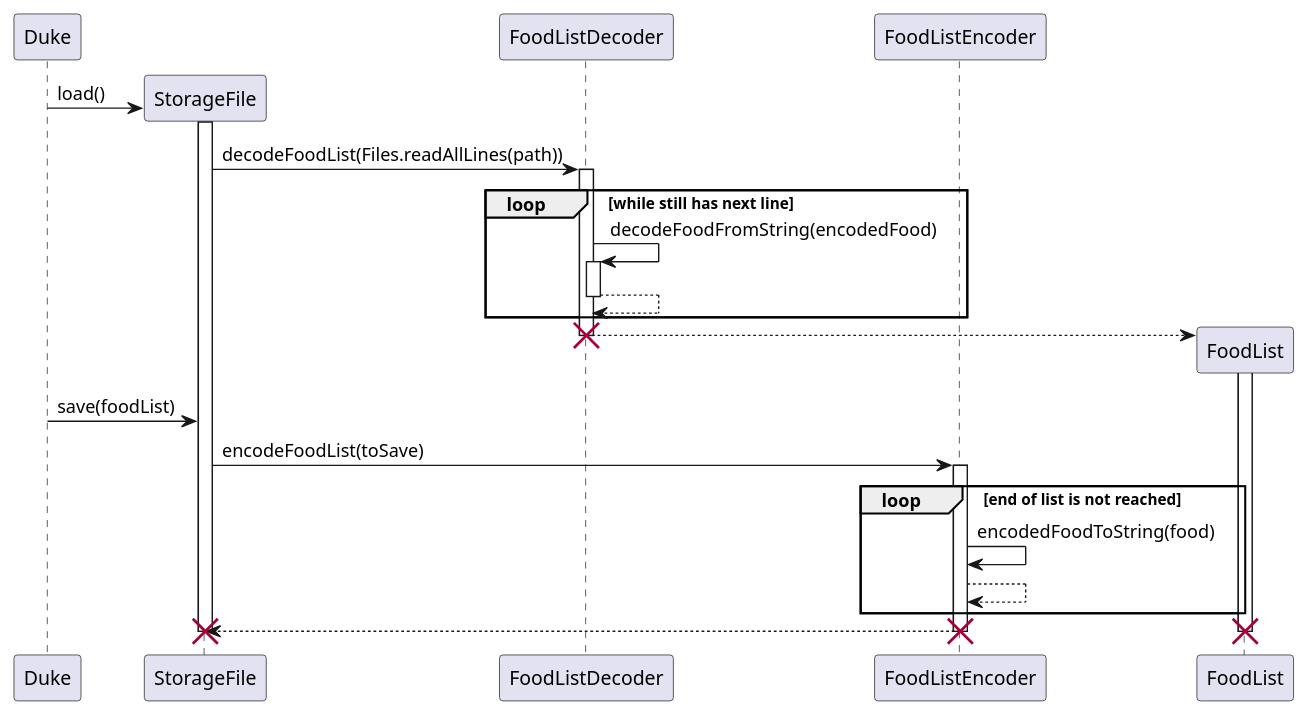
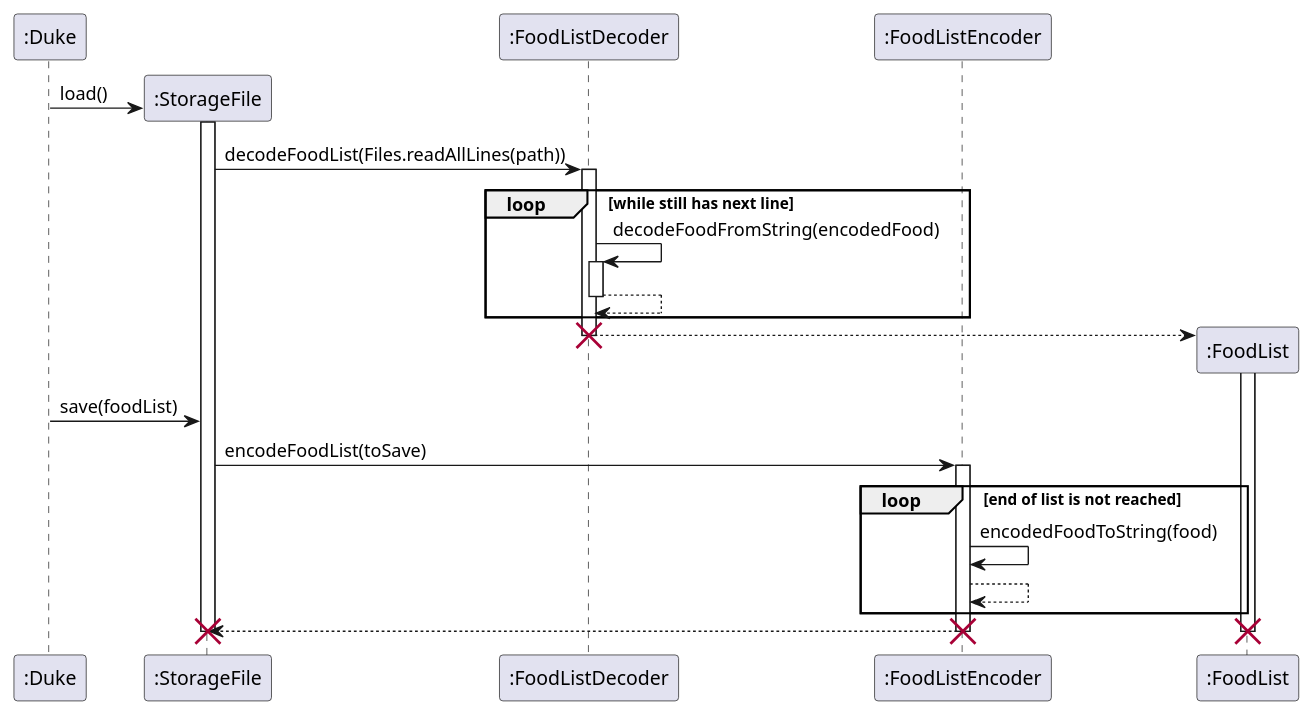
The diagram in docs/puml/StorageSequenceDiagram.puml (tsx0314/tp), drawn with PlantUML before and after one commit. The commit also changed 15 other files, not shown here.

Commit message:
Update UML diagram according to TA's comment

```diff
--- a/docs/puml/StorageSequenceDiagram.puml
+++ b/docs/puml/StorageSequenceDiagram.puml
@@ -1,44 +1,44 @@
 @startuml
 'https://plantuml.com/sequence-diagram
 
 
-participant Duke
+participant ":Duke"
 
-create StorageFile as sf
-Duke -> sf: load()
+create ":StorageFile" as sf
+":Duke" -> sf: load()
 activate sf
 
 
-sf -> FoodListDecoder: decodeFoodList(Files.readAllLines(path))
-activate FoodListDecoder
+sf -> ":FoodListDecoder": decodeFoodList(Files.readAllLines(path))
+activate ":FoodListDecoder"
 
 loop while still has next line
-FoodListDecoder -> FoodListDecoder: decodeFoodFromString(encodedFood)
-activate FoodListDecoder
-FoodListDecoder --> FoodListDecoder
-deactivate FoodListDecoder
+":FoodListDecoder" -> ":FoodListDecoder": decodeFoodFromString(encodedFood)
+activate ":FoodListDecoder"
+":FoodListDecoder" --> ":FoodListDecoder"
+deactivate ":FoodListDecoder"
 end
 
-participant FoodListEncoder
-create FoodList as fl
-FoodListDecoder --> fl
-deactivate FoodListDecoder
-destroy FoodListDecoder
+participant ":FoodListEncoder"
+create ":FoodList" as fl
+":FoodListDecoder" --> fl
+deactivate ":FoodListDecoder"
+destroy ":FoodListDecoder"
 activate fl
 
-Duke -> sf: save(foodList)
-sf -> FoodListEncoder: encodeFoodList(toSave)
-activate FoodListEncoder
+":Duke" -> sf: save(foodList)
+sf -> ":FoodListEncoder": encodeFoodList(toSave)
+activate ":FoodListEncoder"
 loop end of list is not reached
-FoodListEncoder -> FoodListEncoder: encodedFoodToString(food)
-FoodListEncoder --> FoodListEncoder
+":FoodListEncoder" -> ":FoodListEncoder": encodedFoodToString(food)
+":FoodListEncoder" --> ":FoodListEncoder"
 end
 
-FoodListEncoder --> sf
-deactivate FoodListEncoder
-destroy FoodListEncoder
+":FoodListEncoder" --> sf
+deactivate ":FoodListEncoder"
+destroy ":FoodListEncoder"
 destroy sf
 destroy fl
 
 
 @enduml
```
